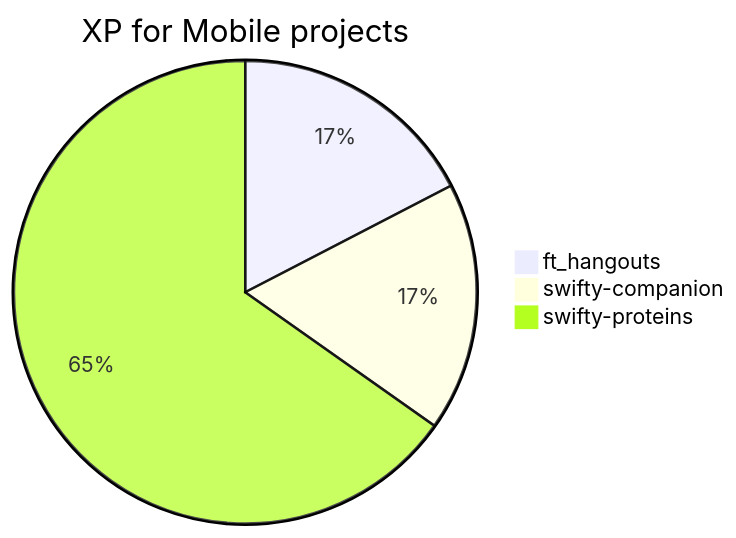
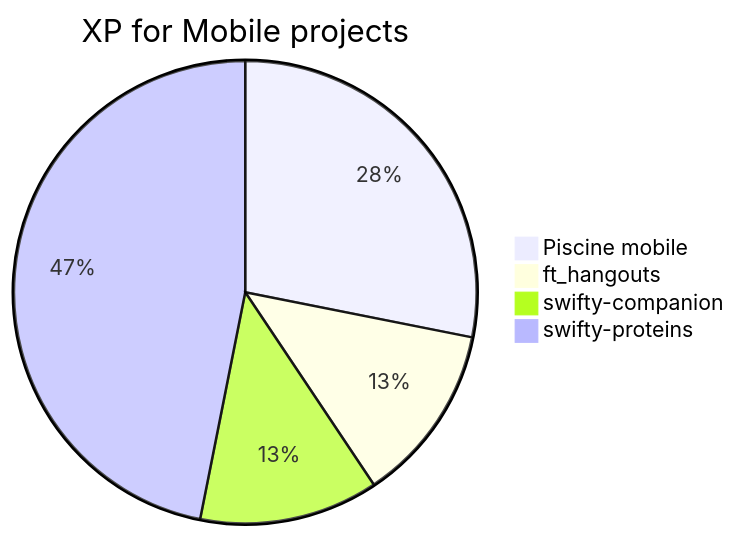
One commit to jmcheon/web_mobile_branch changed the fourth of 6 diagrams in README.md. Above: the diagram before and after it, drawn with Mermaid. The commit also changed other lines of this file, not shown here.

````diff
--- a/README.md
+++ b/README.md
@@ -85,6 +97,7 @@
 ```mermaid
 pie  title XP for Mobile projects
+	"Piscine mobile"  : 9450
 	"ft_hangouts"  : 4200
 	"swifty-companion"  : 4200
 	"swifty-proteins"  : 15750
 ```
````
